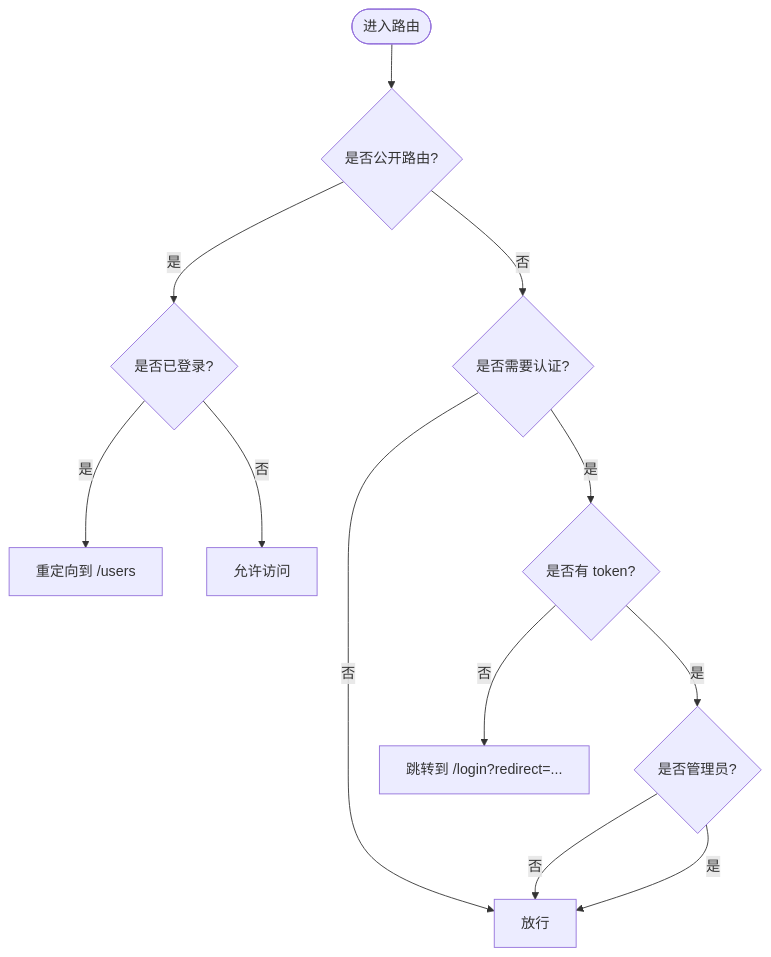
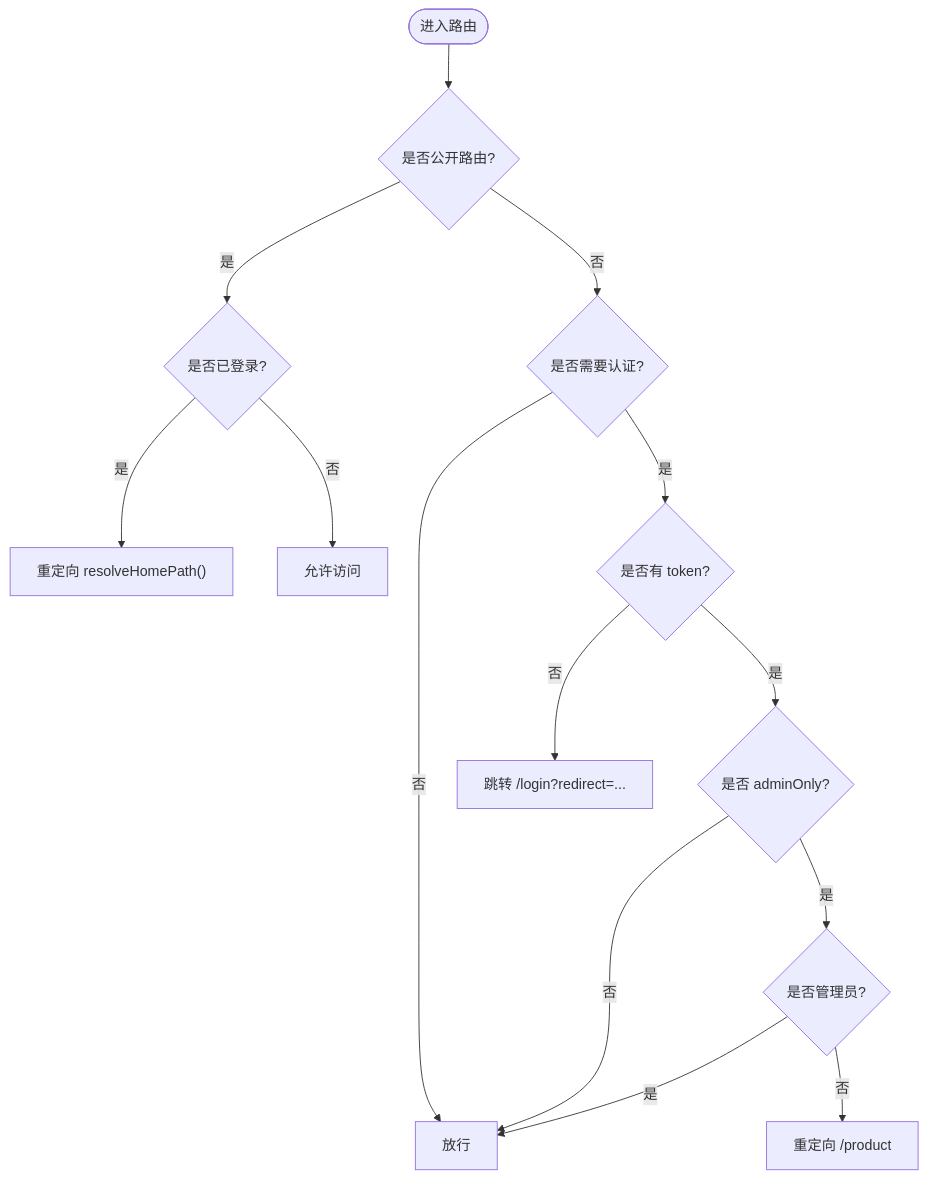
One commit to haohailiang/qoder-fullstack changed the third of 13 diagrams in .qoder/repowiki/zh/content/前端架构设计/主应用(base-app).md. Above: the diagram before and after it, drawn with Mermaid. The commit also changed other lines of this file and 33 other files, not shown here.

````diff
--- a/.qoder/repowiki/zh/content/前端架构设计/主应用(base-app).md
+++ b/.qoder/repowiki/zh/content/前端架构设计/主应用(base-app).md
@@ -182,14 +202,16 @@
 ```mermaid
 flowchart TD
 Start(["进入路由"]) --> CheckPublic{"是否公开路由?"}
 CheckPublic --> |是| HasToken{"是否已登录?"}
-HasToken --> |是| Redirect["重定向到 /users"]
+HasToken --> |是| RedirectHome["重定向 resolveHomePath()"]
 HasToken --> |否| AllowPublic["允许访问"]
 CheckPublic --> |否| NeedAuth{"是否需要认证?"}
 NeedAuth --> |否| AllowRoute["放行"]
 NeedAuth --> |是| HasToken2{"是否有 token?"}
-HasToken2 --> |否| ToLogin["跳转到 /login?redirect=..."]
-HasToken2 --> |是| AdminCheck{"是否管理员?"}
-AdminCheck --> |否| AllowRoute
-AdminCheck --> |是| AllowRoute
+HasToken2 --> |否| ToLogin["跳转 /login?redirect=..."]
+HasToken2 --> |是| AdminOnly{"是否 adminOnly?"}
+AdminOnly --> |否| AllowRoute
+AdminOnly --> |是| IsAdmin{"是否管理员?"}
+IsAdmin --> |是| AllowRoute
+IsAdmin --> |否| BackProduct["重定向 /product"]
 ```
````
